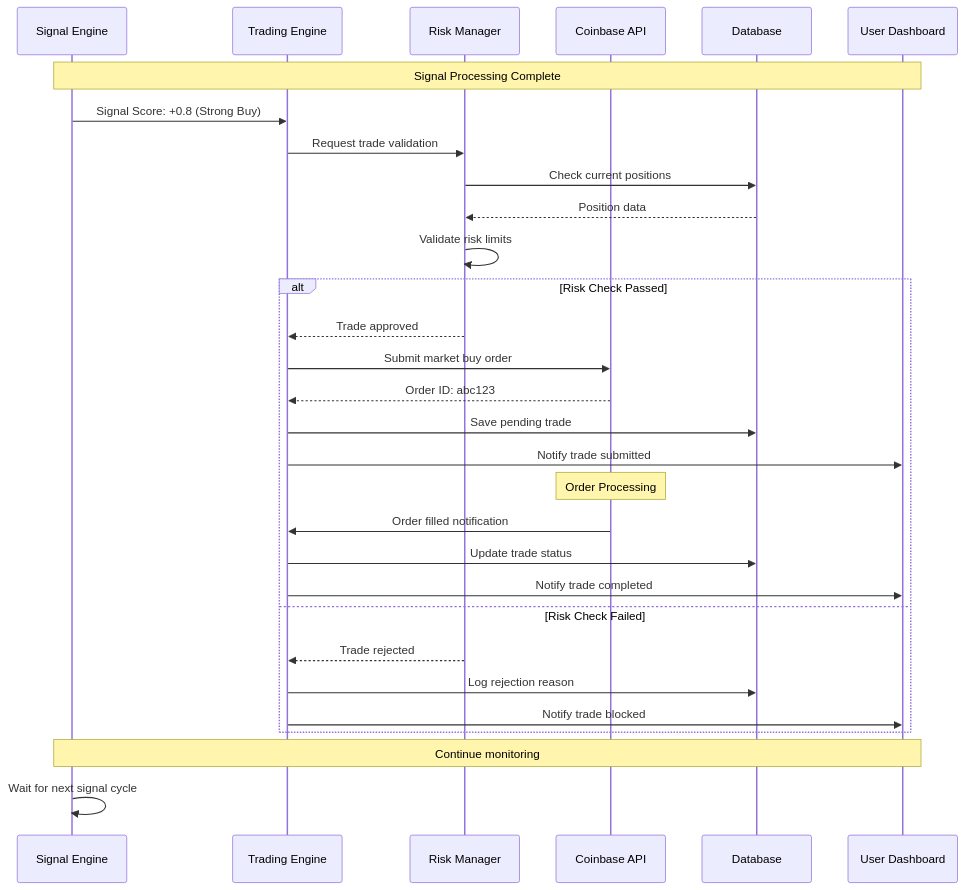
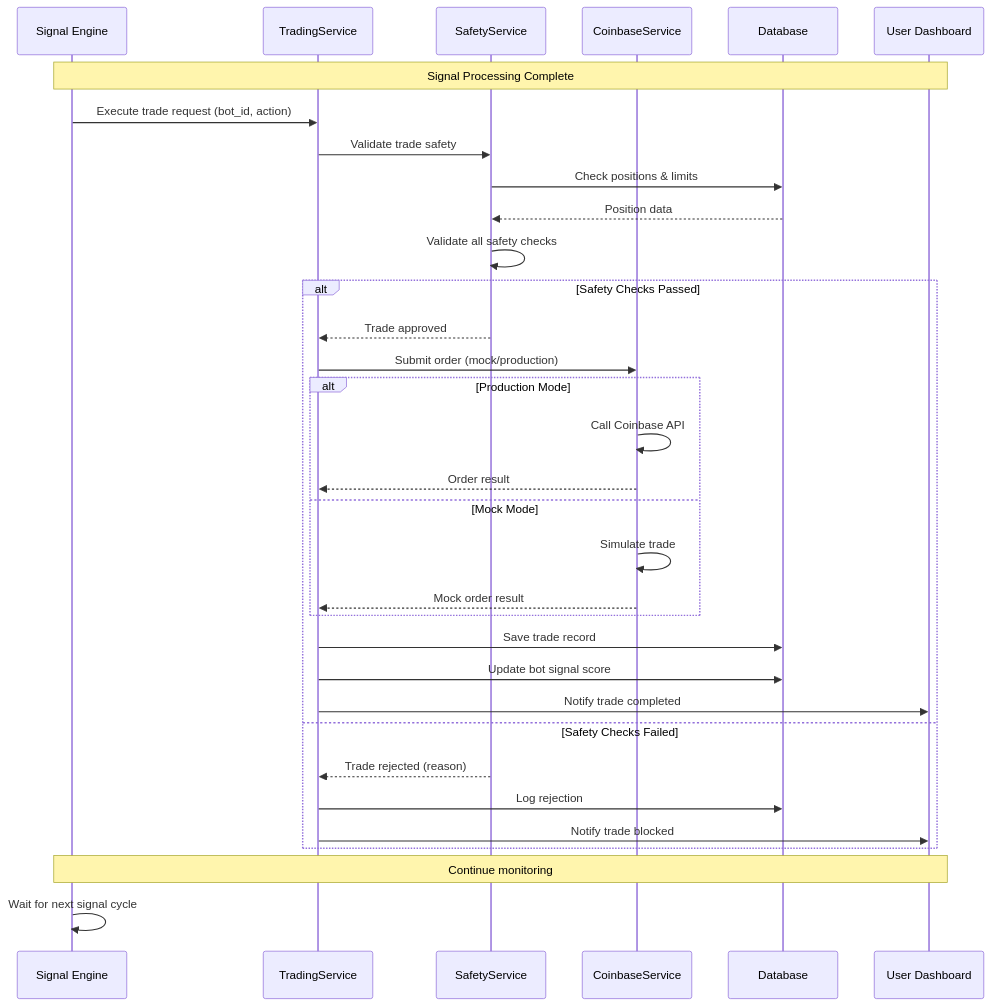
Before and after one commit to ShaddieRaq/traitor: diagram 13 of 21 in docs/VISUAL_ARCHITECTURE.md, drawn with Mermaid. The commit also changed other lines of this file and 11 other files, not shown here.

````diff
--- a/docs/VISUAL_ARCHITECTURE.md
+++ b/docs/VISUAL_ARCHITECTURE.md
@@ -586,36 +586,40 @@
 ```mermaid
 sequenceDiagram
     participant S as Signal Engine
-    participant T as Trading Engine
-    participant R as Risk Manager
-    participant C as Coinbase API
+    participant TS as TradingService
+    participant SS as SafetyService
+    participant CS as CoinbaseService
     participant D as Database
     participant U as User Dashboard
     
     Note over S,U: Signal Processing Complete
-    S->>T: Signal Score: +0.8 (Strong Buy)
-    T->>R: Request trade validation
-    R->>D: Check current positions
-    D-->>R: Position data
-    R->>R: Validate risk limits
+    S->>TS: Execute trade request (bot_id, action)
+    TS->>SS: Validate trade safety
+    SS->>D: Check positions & limits
+    D-->>SS: Position data
+    SS->>SS: Validate all safety checks
     
-    alt Risk Check Passed
-        R-->>T: Trade approved
-        T->>C: Submit market buy order
-        C-->>T: Order ID: abc123
-        T->>D: Save pending trade
-        T->>U: Notify trade submitted
+    alt Safety Checks Passed
+        SS-->>TS: Trade approved
+        TS->>CS: Submit order (mock/production)
         
-        Note over C: Order Processing
-        C->>T: Order filled notification
-        T->>D: Update trade status
-        T->>U: Notify trade completed
-    else Risk Check Failed
-        R-->>T: Trade rejected
-        T->>D: Log rejection reason
-        T->>U: Notify trade blocked
+        alt Production Mode
+            CS->>CS: Call Coinbase API
+            CS-->>TS: Order result
+        else Mock Mode
+            CS->>CS: Simulate trade
+            CS-->>TS: Mock order result
+        end
+        
+        TS->>D: Save trade record
+        TS->>D: Update bot signal score
+        TS->>U: Notify trade completed
+    else Safety Checks Failed
+        SS-->>TS: Trade rejected (reason)
+        TS->>D: Log rejection
+        TS->>U: Notify trade blocked
     end
     
     Note over S,U: Continue monitoring
     S->>S: Wait for next signal cycle
 ```
````
